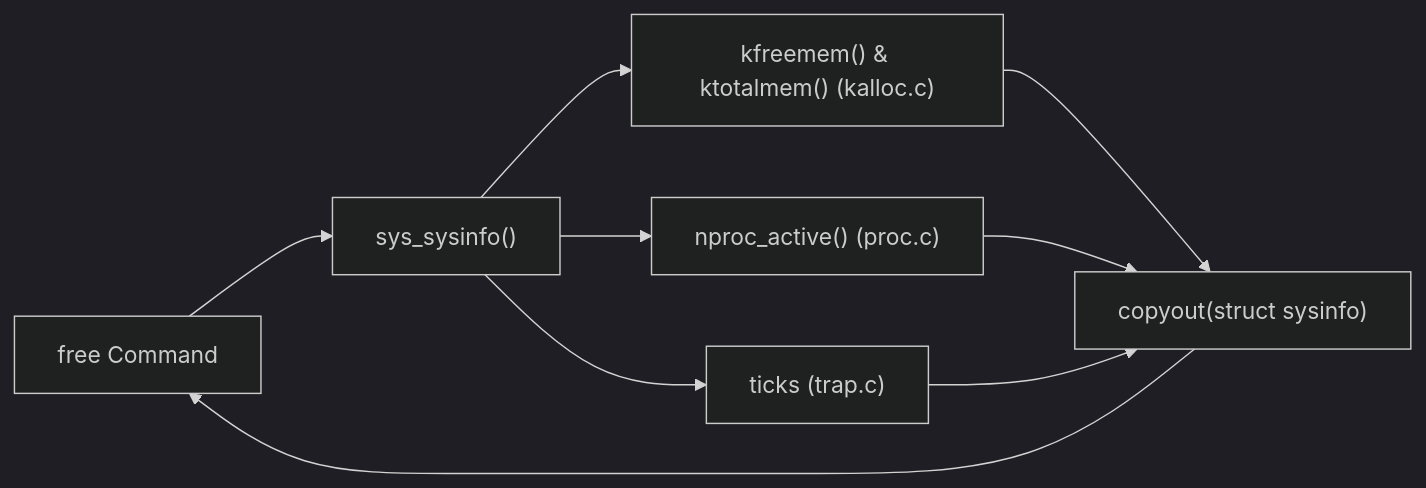
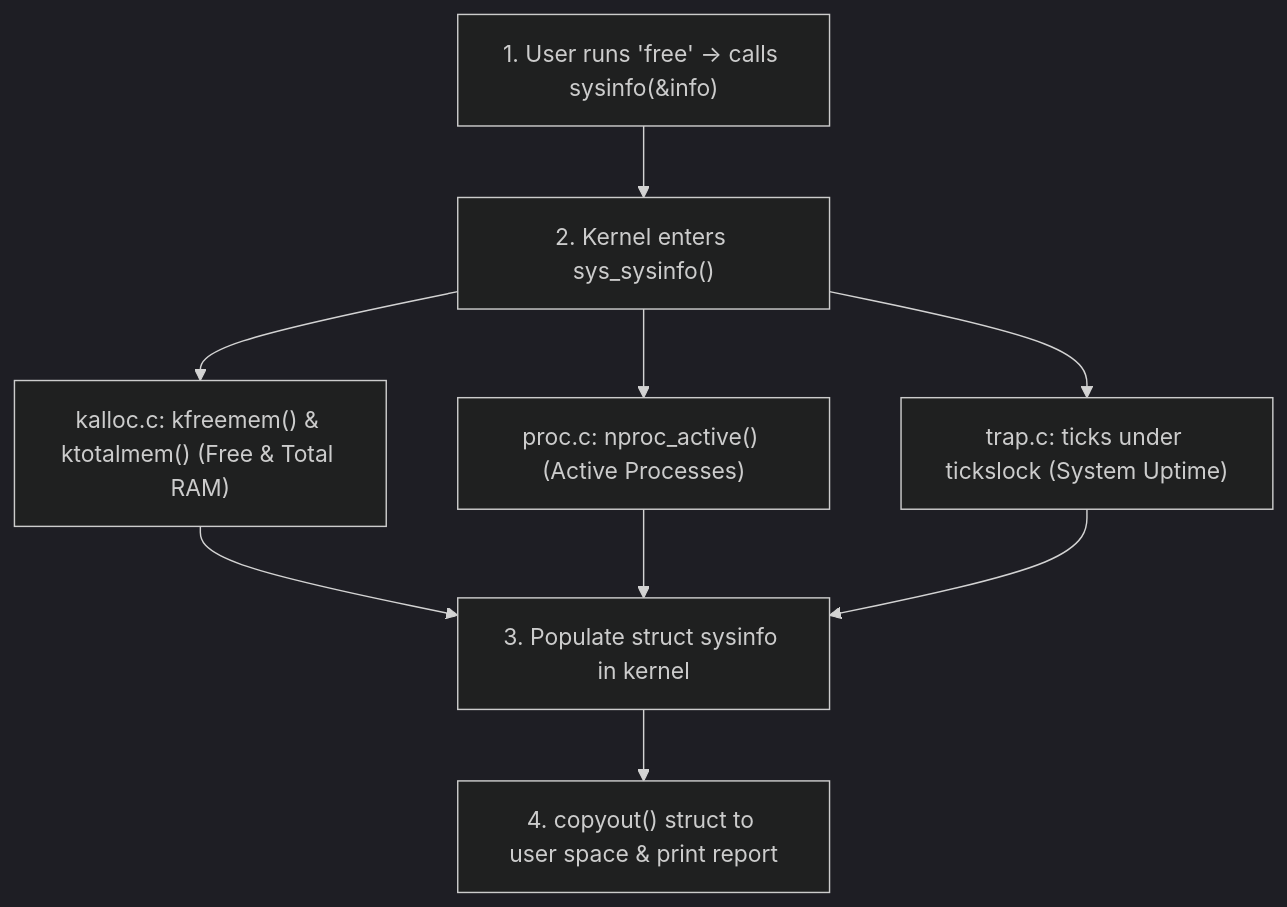
Before and after one commit to asbahkhan67-ctrl/xv6-riscv: the eighth of 21 diagrams in README.md, drawn with Mermaid (dark theme). The commit also changed other lines of this file, not shown here.

````diff
--- a/README.md
+++ b/README.md
@@ -314,11 +400,14 @@
 ```mermaid
-flowchart LR
-    U["free Command"] --> S["sys_sysinfo()"]
-    S --> K1["kfreemem() & ktotalmem() (kalloc.c)"]
-    S --> K2["nproc_active() (proc.c)"]
-    S --> K3["ticks (trap.c)"]
-    K1 --> CO["copyout(struct sysinfo)"]
-    K2 --> CO
-    K3 --> CO
-    CO --> U
+flowchart TD
+    U["1. User runs 'free' -> calls sysinfo(&info)"] --> S["2. Kernel enters sys_sysinfo()"]
+
+    S --> M["kalloc.c: kfreemem() & ktotalmem() (Free & Total RAM)"]
+    S --> P["proc.c: nproc_active() (Active Processes)"]
+    S --> T["trap.c: ticks under tickslock (System Uptime)"]
+
+    M --> Pack["3. Populate struct sysinfo in kernel"]
+    P --> Pack
+    T --> Pack
+
+    Pack --> Out["4. copyout() struct to user space & print report"]
 ```
````
